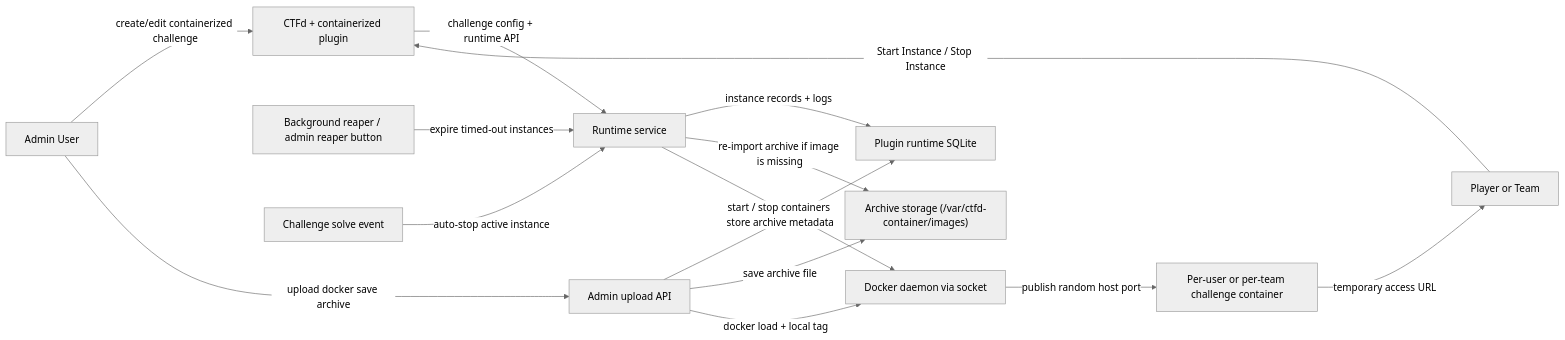
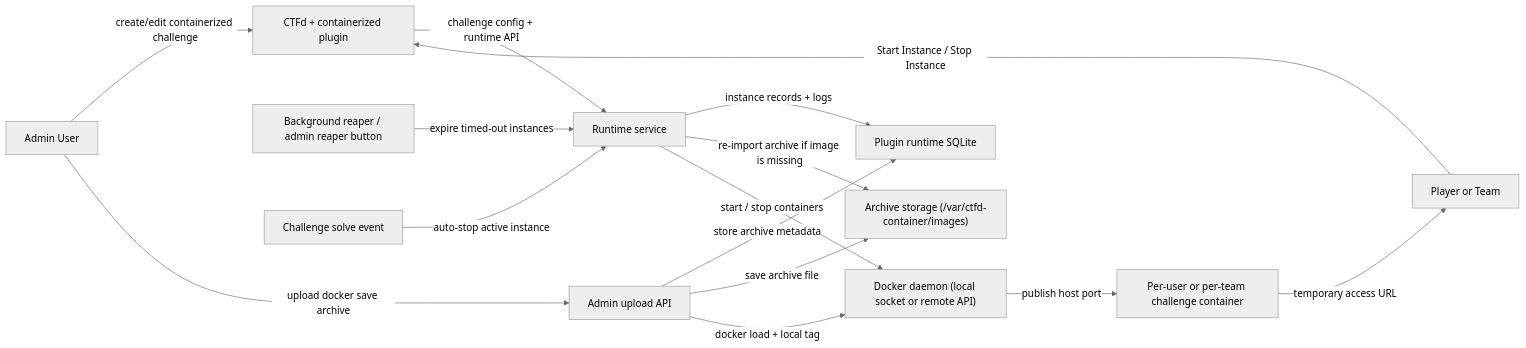
The diagram in POC-CTFd/README.md (Manu-Devloo/Bachelorproef), drawn with Mermaid (neutral theme) before and after one commit. The commit also changed other lines of this file and 20 other files, not shown here.

Commit message:
fix(ctfd): repair archive upload flow

````diff
--- a/POC-CTFd/README.md
+++ b/POC-CTFd/README.md
@@ -41,21 +52,21 @@
 ```mermaid
 flowchart LR
     Admin["Admin User"] -->|"create/edit containerized challenge"| CTFd["CTFd + containerized plugin"]
     Player["Player or Team"] -->|"Start Instance / Stop Instance"| CTFd
 
     Admin -->|"upload docker save archive"| Upload["Admin upload API"]
     Upload -->|"store archive metadata"| RuntimeDB["Plugin runtime SQLite"]
     Upload -->|"save archive file"| ArchiveStore["Archive storage (/var/ctfd-container/images)"]
-    Upload -->|"docker load + local tag"| Docker["Docker daemon via socket"]
+    Upload -->|"docker load + local tag"| Docker["Docker daemon (local socket or remote API)"]
 
     CTFd -->|"challenge config + runtime API"| RuntimeService["Runtime service"]
     RuntimeService -->|"instance records + logs"| RuntimeDB
     RuntimeService -->|"re-import archive if image is missing"| ArchiveStore
     RuntimeService -->|"start / stop containers"| Docker
 
-    Docker -->|"publish random host port"| Challenge["Per-user or per-team challenge container"]
+    Docker -->|"publish host port"| Challenge["Per-user or per-team challenge container"]
     Challenge -->|"temporary access URL"| Player
 
     Reaper["Background reaper / admin reaper button"] -->|"expire timed-out instances"| RuntimeService
     Solver["Challenge solve event"] -->|"auto-stop active instance"| RuntimeService
 ```
````
